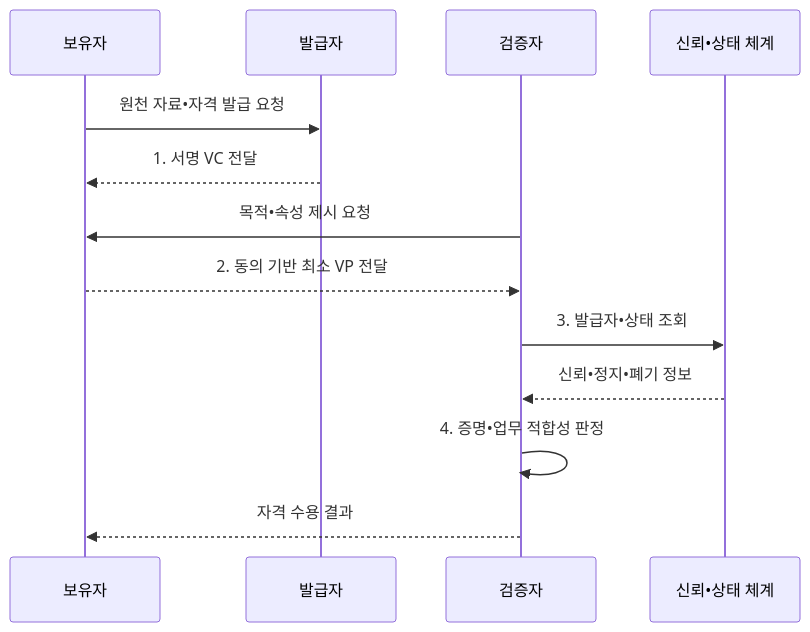
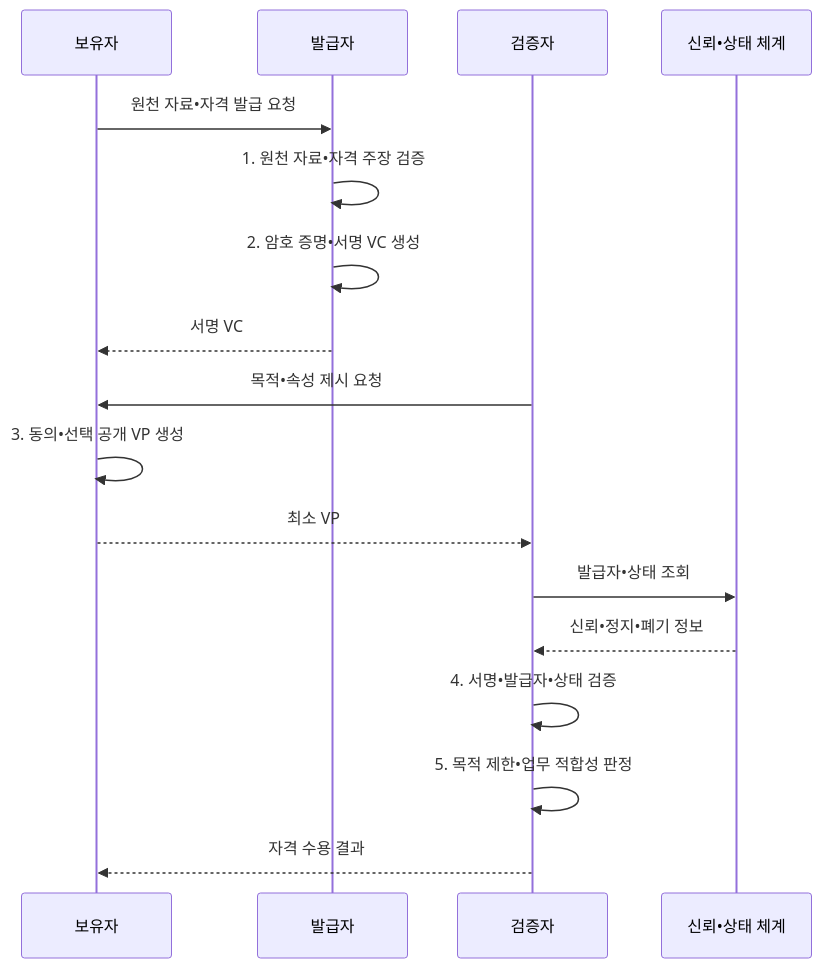
Before and after one commit to agnusdei1207/knowledge-base: the second of 2 diagrams in src/content/docs/notes/05-security/067_verifiable_credential.md, drawn with Mermaid. The commit also changed other lines of this file and 20 other files, not shown here.

````diff
--- a/src/content/docs/notes/05-security/067_verifiable_credential.md
+++ b/src/content/docs/notes/05-security/067_verifiable_credential.md
@@ -102,15 +102,19 @@
 ```mermaid
 sequenceDiagram
     participant H as 보유자
     participant I as 발급자
     participant V as 검증자
     participant S as 신뢰•상태 체계
     H->>I: 원천 자료•자격 발급 요청
-    I-->>H: 1. 서명 VC 전달
+    I->>I: 1. 원천 자료•자격 주장 검증
+    I->>I: 2. 암호 증명•서명 VC 생성
+    I-->>H: 서명 VC
     V->>H: 목적•속성 제시 요청
-    H-->>V: 2. 동의 기반 최소 VP 전달
-    V->>S: 3. 발급자•상태 조회
+    H->>H: 3. 동의•선택 공개 VP 생성
+    H-->>V: 최소 VP
+    V->>S: 발급자•상태 조회
     S-->>V: 신뢰•정지•폐기 정보
-    V->>V: 4. 증명•업무 적합성 판정
+    V->>V: 4. 서명•발급자•상태 검증
+    V->>V: 5. 목적 제한•업무 적합성 판정
     V-->>H: 자격 수용 결과
 ```
````
